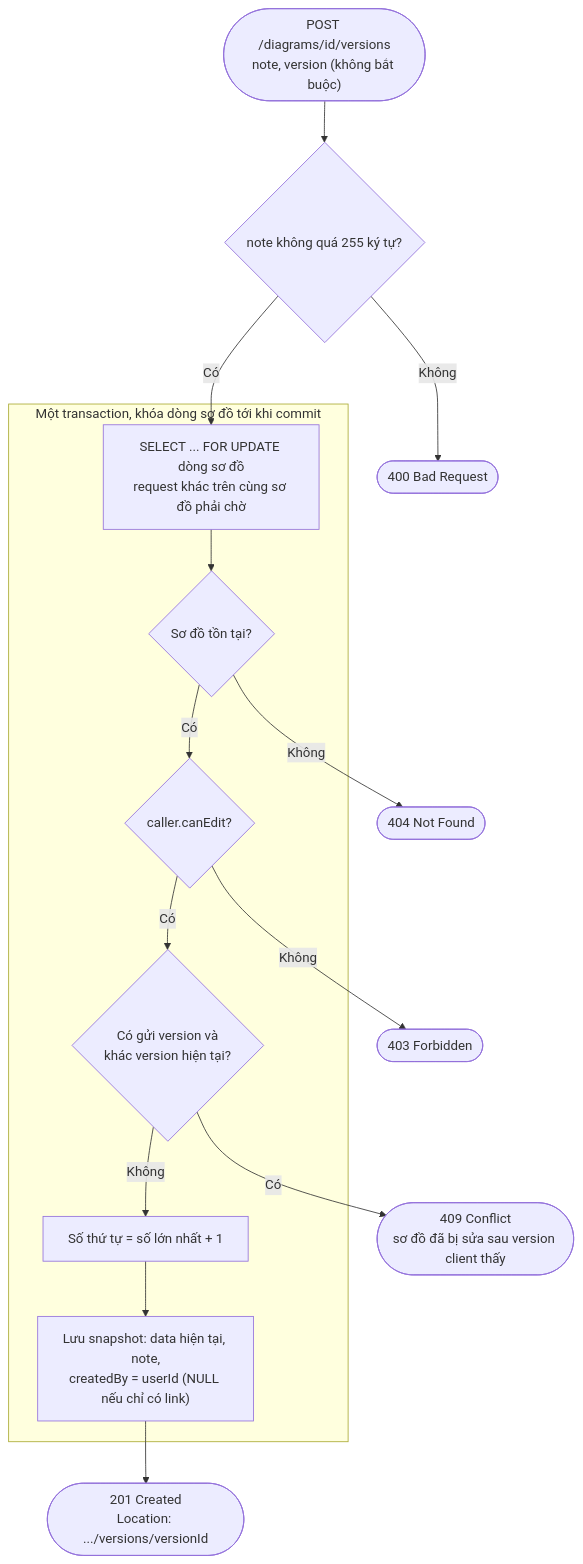
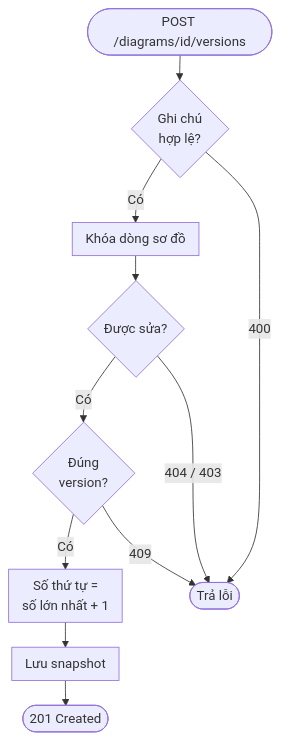
Before and after one commit to Phamminh161005/CourseHub: the fifth of 7 diagrams in docs/luong-nghiep-vu.md, drawn with Mermaid. The commit also changed other lines of this file, not shown here.

````diff
--- a/docs/luong-nghiep-vu.md
+++ b/docs/luong-nghiep-vu.md
@@ -136,19 +136,14 @@
 ```mermaid
+%%{init: {"flowchart": {"padding": 8, "rankSpacing": 30, "nodeSpacing": 40}}}%%
 flowchart TD
-    A(["POST /diagrams/id/versions<br/>note, version (không bắt buộc)"]) --> B{"note không quá 255 ký tự?"}
-    B -- Không --> E400(["400 Bad Request"])
-    subgraph TX ["Một transaction, khóa dòng sơ đồ tới khi commit"]
-        L["SELECT ... FOR UPDATE dòng sơ đồ<br/>request khác trên cùng sơ đồ phải chờ"] --> C{"Sơ đồ tồn tại?"}
-        D{"caller.canEdit?"}
-        V{"Có gửi version và<br/>khác version hiện tại?"}
-        N["Số thứ tự = số lớn nhất + 1"] --> S["Lưu snapshot: data hiện tại, note,<br/>createdBy = userId (NULL nếu chỉ có link)"]
-    end
-    B -- Có --> L
-    C -- Không --> E404(["404 Not Found"])
-    C -- Có --> D
-    D -- Không --> E403(["403 Forbidden"])
-    D -- Có --> V
-    V -- Có --> E409(["409 Conflict<br/>sơ đồ đã bị sửa sau version client thấy"])
-    V -- Không --> N
-    S --> OK(["201 Created<br/>Location: .../versions/versionId"])
+    A(["POST /diagrams/id/versions"]) --> B{"Ghi chú<br/>hợp lệ?"}
+    B -- Có --> L["Khóa dòng sơ đồ"]
+    L --> C{"Được sửa?"}
+    C -- Có --> V{"Đúng<br/>version?"}
+    V -- Có --> N["Số thứ tự =<br/>số lớn nhất + 1"]
+    N --> S["Lưu snapshot"]
+    S --> OK(["201 Created"])
+    B -- "400" --> ERR(["Trả lỗi"])
+    C -- "404 / 403" --> ERR
+    V -- "409" --> ERR
 ```
````
